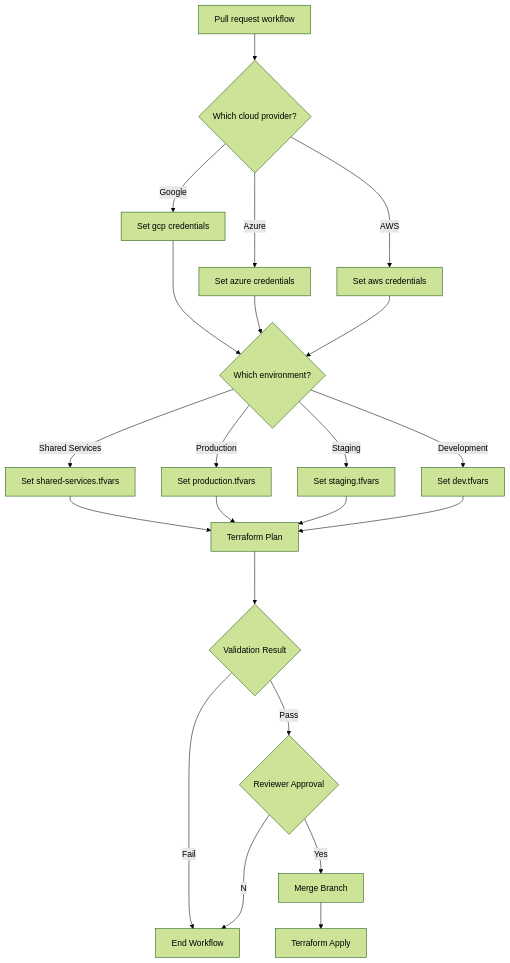
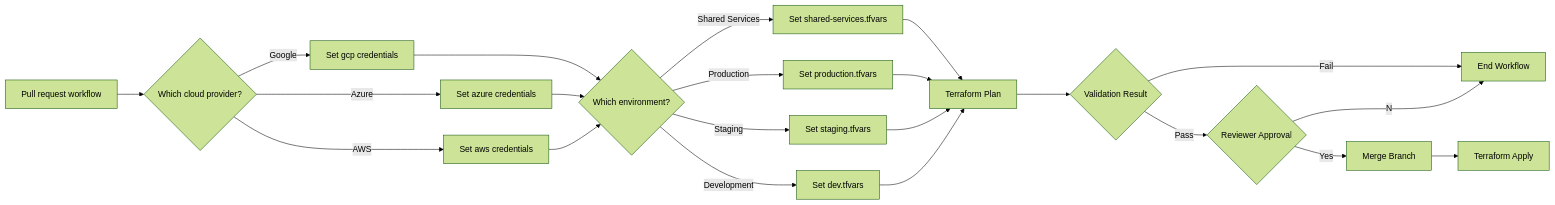
One commit to jaylabs/github-actions-with-terraform changed the first of 2 diagrams in README.md. Above: the diagram before and after it, drawn with Mermaid (forest theme).

````diff
--- a/README.md
+++ b/README.md
@@ -29,31 +29,31 @@
 ```mermaid
-  graph TD;;
+  flowchart LR;
       A[Pull request workflow]-->B{Which cloud provider?};
 
      
       B--Google-->C1["Set gcp credentials"];
       B--Azure-->C2["Set azure credentials"];
       B--AWS-->C3["Set aws credentials"];
             
       C1--->W{Which environment?};
       C2-->W{Which environment?};
       C3-->W{Which environment?};
             
       W--Shared Services-->E1["Set shared-services.tfvars"];
       W--Production-->E2["Set production.tfvars"];
       W--Staging-->E3["Set staging.tfvars"];
       W--Development-->E4["Set dev.tfvars"];
       
       E1-->P[Terraform Plan];
       E2-->P[Terraform Plan];
       E3-->P[Terraform Plan];
       E4-->P[Terraform Plan];
          
       P--->V{"Validation Result"};
             
       V--Fail-->K["End Workflow"];
       V--Pass-->F{"Reviewer Approval"};
       F--Yes-->I["Merge Branch"];
       I-->H["Terraform Apply"];
       F--No-->K["End Workflow"];
 ```
````
